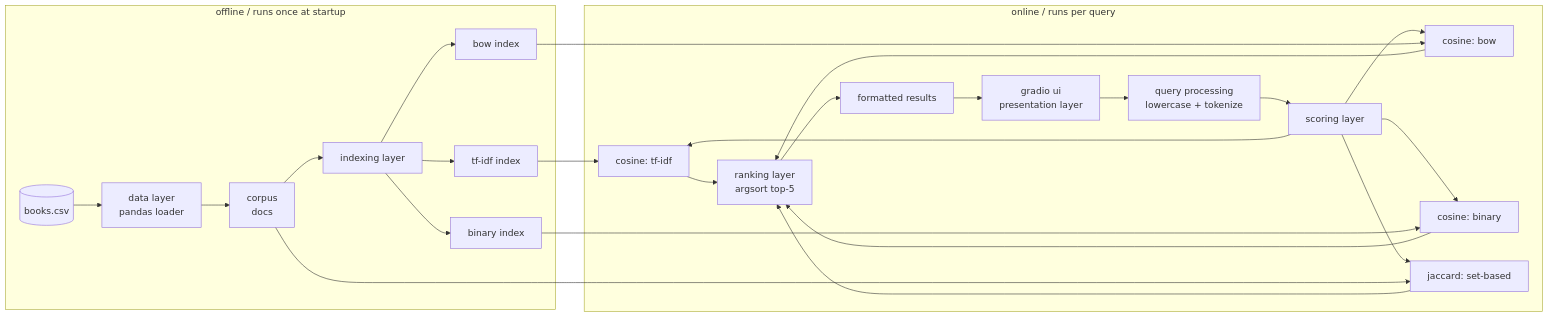
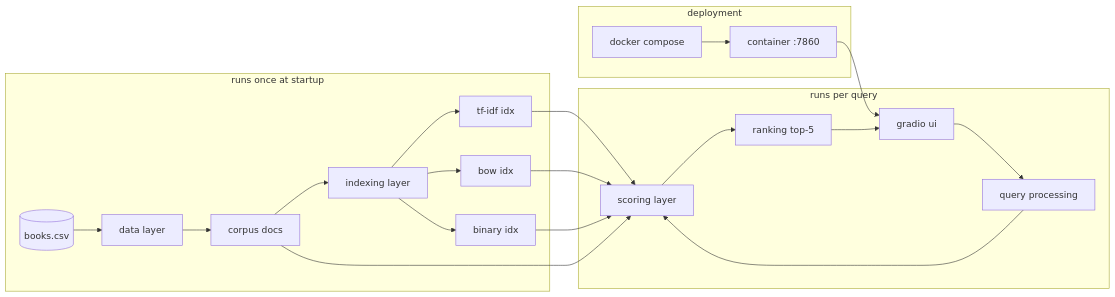
The second of 3 diagrams in README.md (hammad8622/goodreads-search-engine), drawn with Mermaid before and after one commit. The commit also changed other lines of this file and 6 other files, not shown here.

````diff
--- a/README.md
+++ b/README.md
@@ -205,31 +113,25 @@
 ```mermaid
 flowchart LR
-    subgraph OFFLINE [offline / runs once at startup]
-        A1[(books.csv)] --> A2[data layer<br/>pandas loader]
-        A2 --> A3[corpus<br/>docs]
+    subgraph OFFLINE [runs once at startup]
+        A1[(books.csv)] --> A2[data layer]
+        A2 --> A3[corpus docs]
         A3 --> A4[indexing layer]
-        A4 --> A4a[tf-idf index]
-        A4 --> A4b[bow index]
-        A4 --> A4c[binary index]
+        A4 --> Ia[tf-idf idx]
+        A4 --> Ib[bow idx]
+        A4 --> Ic[binary idx]
     end
 
-    subgraph ONLINE [online / runs per query]
-        B1[gradio ui<br/>presentation layer] --> B2[query processing<br/>lowercase + tokenize]
+    subgraph ONLINE [runs per query]
+        B1[gradio ui] --> B2[query processing]
         B2 --> B3[scoring layer]
-        B3 --> B3a[cosine: tf-idf]
-        B3 --> B3b[cosine: bow]
-        B3 --> B3c[cosine: binary]
-        B3 --> B3d[jaccard: set-based]
-        B3a --> B4[ranking layer<br/>argsort top-5]
-        B3b --> B4
-        B3c --> B4
-        B3d --> B4
-        B4 --> B5[formatted results]
-        B5 --> B1
+        B3 --> B4[ranking top-5]
+        B4 --> B1
     end
 
-    A4a --> B3a
-    A4b --> B3b
-    A4c --> B3c
-    A3  --> B3d
+    Ia & Ib & Ic & A3 --> B3
+
+    subgraph INFRA [deployment]
+        D[docker compose] --> Dc[container :7860]
+        Dc --> B1
+    end
 ```
````
